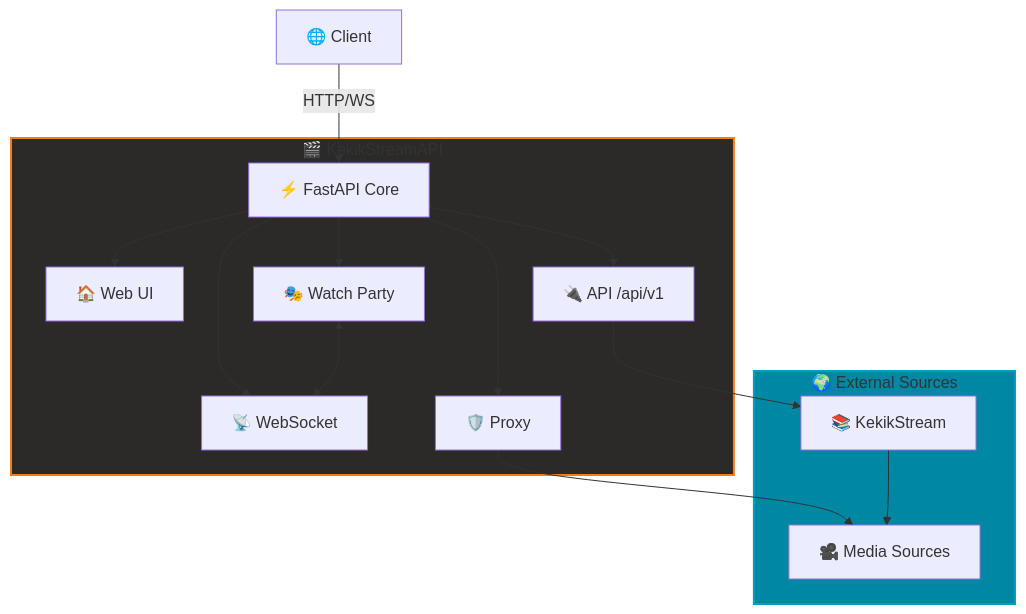
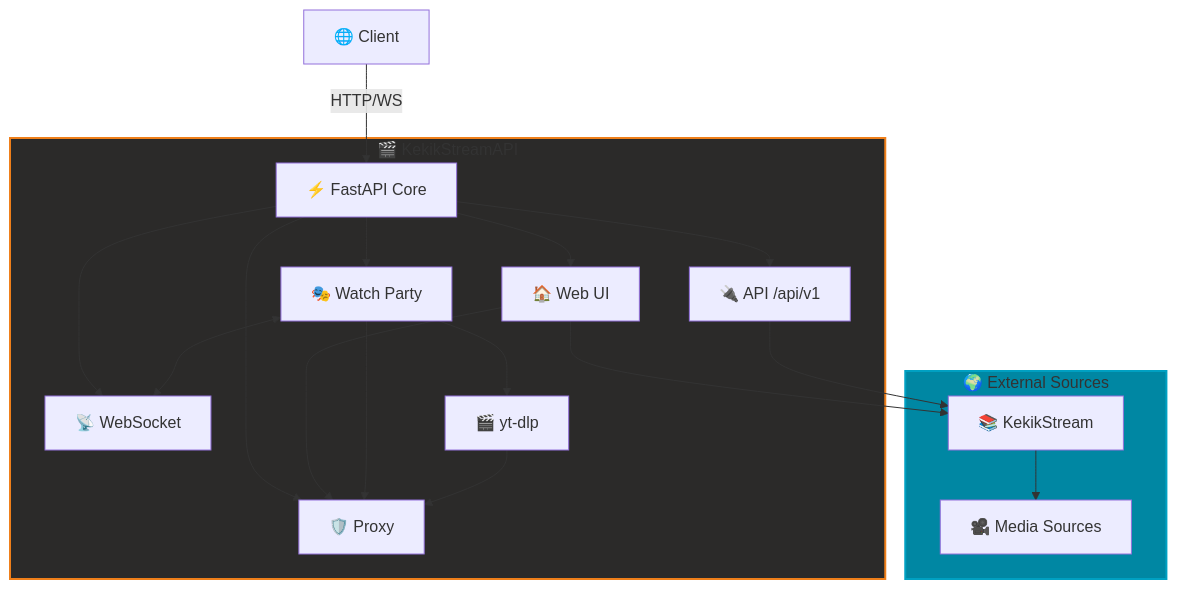
One commit to keyiflerolsun/KekikStreamAPI changed the diagram in README.md. Above: the diagram before and after it, drawn with Mermaid.

````diff
--- a/README.md
+++ b/README.md
@@ -46,33 +46,41 @@
 ```mermaid
 graph TB
     Client[🌐 Client]
     
     subgraph KekikStreamAPI[🎬 KekikStreamAPI]
         FastAPI[⚡ FastAPI Core]
         Home[🏠 Web UI]
         API[🔌 API /api/v1]
         WatchParty[🎭 Watch Party]
         WSS[📡 WebSocket]
         Proxy[🛡️ Proxy]
+        YtDlp[🎬 yt-dlp]
     end
     
     subgraph External[🌍 External Sources]
         KekikStream[📚 KekikStream]
         MediaSources[🎥 Media Sources]
     end
     
     Client -->|HTTP/WS| FastAPI
     FastAPI --> Home
     FastAPI --> API
     FastAPI --> WatchParty
     FastAPI --> WSS
     FastAPI --> Proxy
     
+    Home --> KekikStream
+    Home --> Proxy
+    
+    API --> KekikStream
+
     WatchParty <--> WSS
-    API --> KekikStream
-    Proxy --> MediaSources
+    WatchParty --> Proxy
+    WatchParty --> YtDlp
+
+    YtDlp --> Proxy
     KekikStream --> MediaSources
-    
+
     style KekikStreamAPI fill:#2b2a29,stroke:#ef7f1a,stroke-width:2px
     style External fill:#0087a3,stroke:#00a0c2,stroke-width:2px
 ```
````
